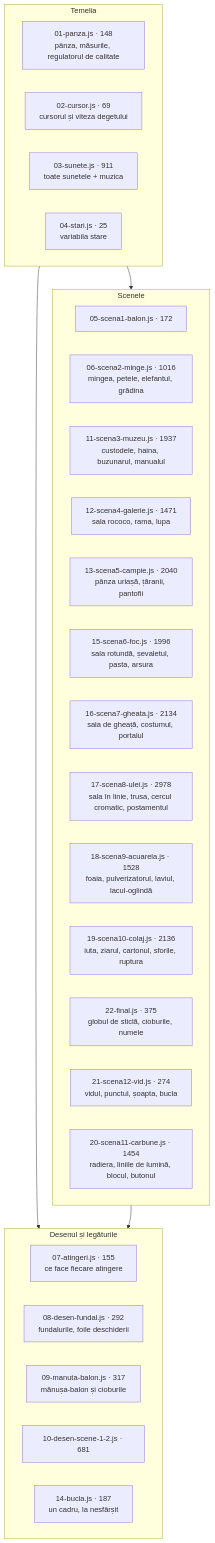
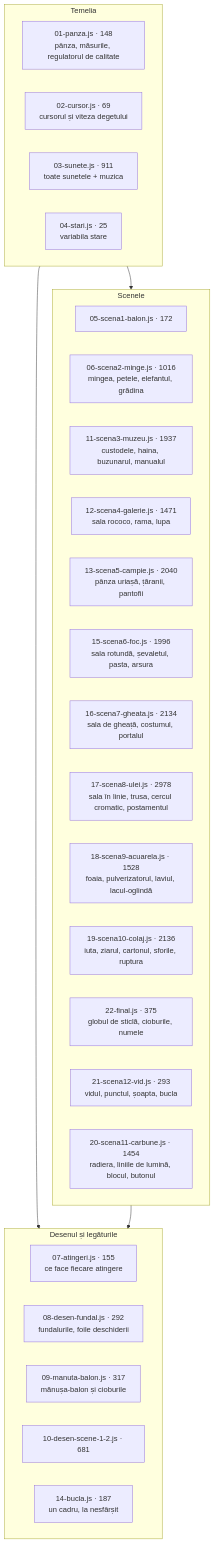
Before and after one commit to Whit3G9dNess/Viata-dintr-o-atingere: the seventh of 10 diagrams in ARCHITECTURE.md, drawn with Mermaid. The commit also changed other lines of this file and 4 other files, not shown here.

````diff
--- a/ARCHITECTURE.md
+++ b/ARCHITECTURE.md
@@ -639,34 +659,34 @@
 ```mermaid
 flowchart TB
   subgraph T["Temelia"]
     A1["01-panza.js · 148<br/>pânza, măsurile, regulatorul de calitate"]
     A2["02-cursor.js · 69<br/>cursorul și viteza degetului"]
     A3["03-sunete.js · 911<br/>toate sunetele + muzica"]
     A4["04-stari.js · 25<br/>variabila stare"]
   end
   subgraph S["Scenele"]
     B5["05-scena1-balon.js · 172"]
     B6["06-scena2-minge.js · 1016<br/>mingea, petele, elefantul, grădina"]
     B11["11-scena3-muzeu.js · 1937<br/>custodele, haina, buzunarul, manualul"]
     B12["12-scena4-galerie.js · 1471<br/>sala rococo, rama, lupa"]
     B13["13-scena5-campie.js · 2040<br/>pânza uriașă, țăranii, pantofii"]
     B15["15-scena6-foc.js · 1996<br/>sala rotundă, șevaletul, pasta, arsura"]
     B16["16-scena7-gheata.js · 2134<br/>sala de gheață, costumul, portalul"]
     B17["17-scena8-ulei.js · 2978<br/>sala în linie, trusa, cercul cromatic, postamentul"]
     B18["18-scena9-acuarela.js · 1528<br/>foaia, pulverizatorul, laviul, lacul-oglindă"]
     B19["19-scena10-colaj.js · 2136<br/>iuta, ziarul, cartonul, sforile, ruptura"]
     B22["22-final.js · 375<br/>globul de sticlă, cioburile, numele"]
-    B21["21-scena12-vid.js · 274<br/>vidul, punctul, șoapta, bucla"]
+    B21["21-scena12-vid.js · 293<br/>vidul, punctul, șoapta, bucla"]
     B20["20-scena11-carbune.js · 1454<br/>radiera, liniile de lumină, blocul, butonul"]
   end
   subgraph D["Desenul și legăturile"]
     C7["07-atingeri.js · 155<br/>ce face fiecare atingere"]
     C8["08-desen-fundal.js · 292<br/>fundalurile, foile deschiderii"]
     C9["09-manuta-balon.js · 317<br/>mănușa-balon și cioburile"]
     C10["10-desen-scene-1-2.js · 681"]
     C14["14-bucla.js · 187<br/>un cadru, la nesfârșit"]
   end
   T --> S
   T --> D
   S --> D
 ```
````
